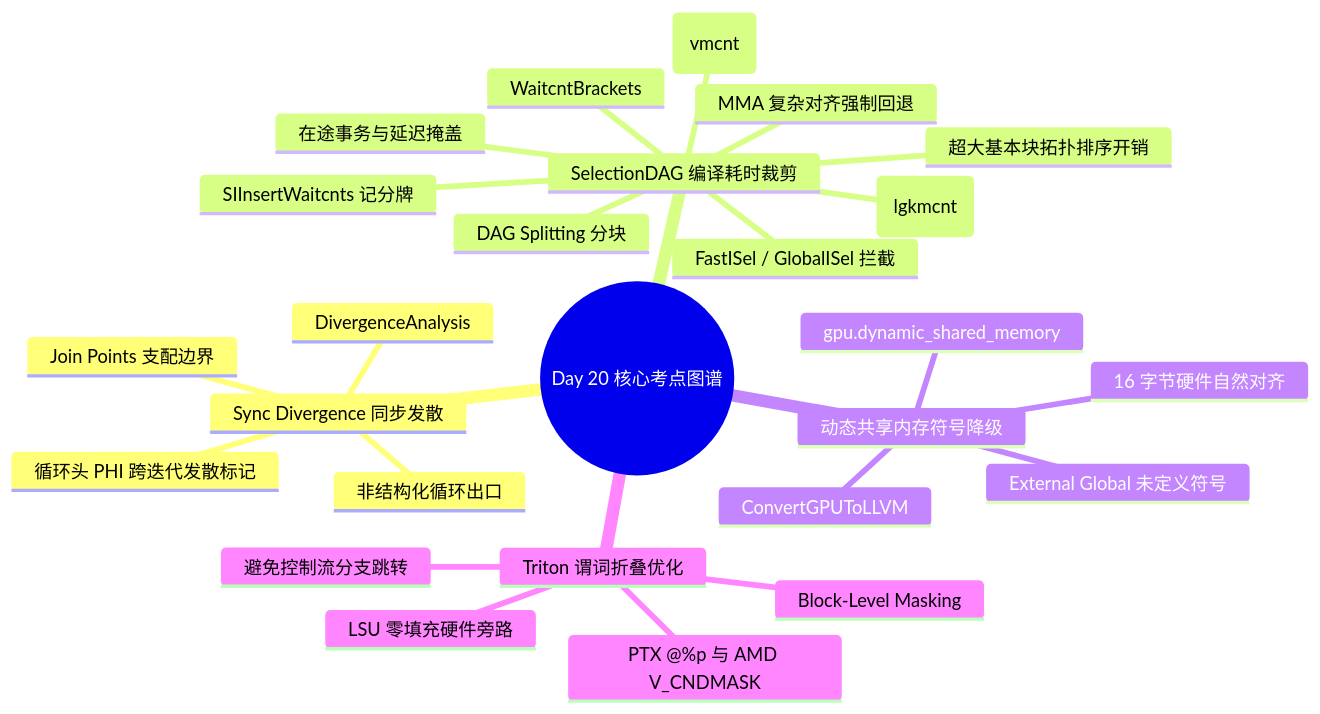
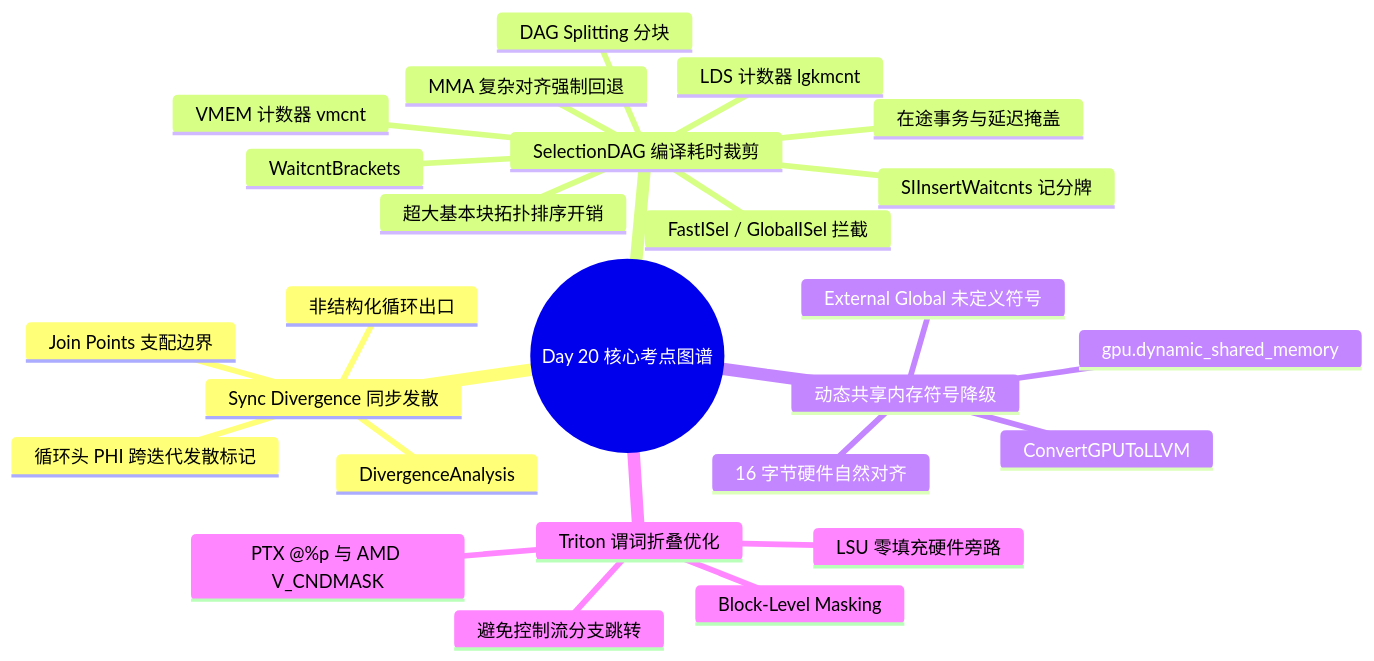
Before and after one commit to zhoujingfighting/zhoujingfighting.github.io: the diagram in source/_posts/2026-11-04-gpgpu-compiler-interview-day-20.md, drawn with Mermaid. The commit also changed 21 other files, not shown here.

````diff
--- a/source/_posts/2026-11-04-gpgpu-compiler-interview-day-20.md
+++ b/source/_posts/2026-11-04-gpgpu-compiler-interview-day-20.md
@@ -45,29 +45,29 @@
 ```mermaid
 mindmap
   root((Day 20 核心考点图谱))
     Sync Divergence 同步发散
       DivergenceAnalysis
       Join Points 支配边界
       非结构化循环出口
       循环头 PHI 跨迭代发散标记
     SelectionDAG 编译耗时裁剪
       超大基本块拓扑排序开销
       DAG Splitting 分块
       FastISel / GlobalISel 拦截
       MMA 复杂对齐强制回退
       SIInsertWaitcnts 记分牌
       WaitcntBrackets
-      VMEM 计数器 (vmcnt)
-      LDS 计数器 (lgkmcnt)
+      VMEM 计数器 vmcnt
+      LDS 计数器 lgkmcnt
       在途事务与延迟掩盖
     动态共享内存符号降级
       ConvertGPUToLLVM
       External Global 未定义符号
       gpu.dynamic_shared_memory
       16 字节硬件自然对齐
     Triton 谓词折叠优化
       Block-Level Masking
       避免控制流分支跳转
       PTX @%p 与 AMD V_CNDMASK
       LSU 零填充硬件旁路
 ```
````
